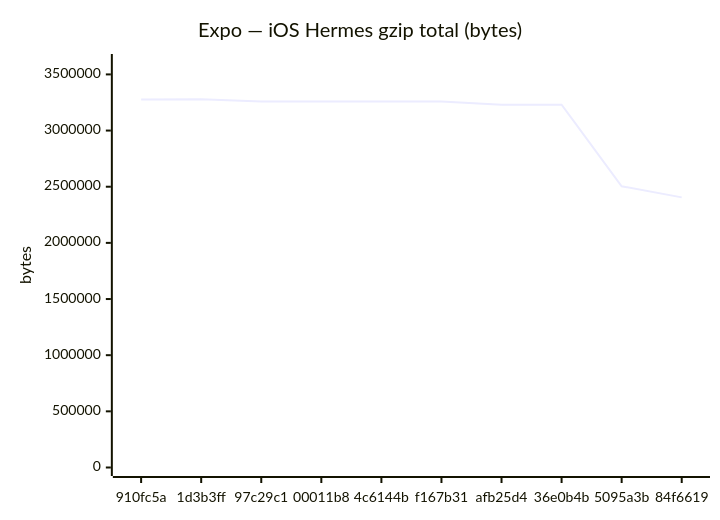
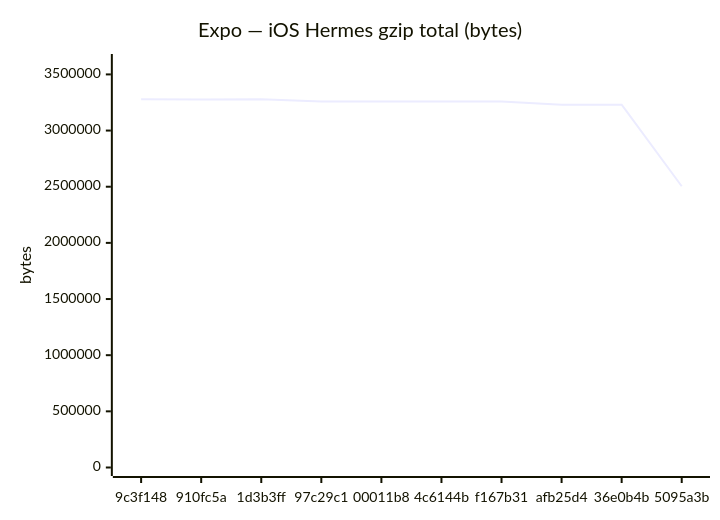
The sixth of 18 diagrams in benchmarks/compare.md (Metaheurist/Rianell), drawn with Mermaid before and after one commit. The commit also changed other lines of this file and 11 other files, not shown here.

````diff
--- a/benchmarks/compare.md
+++ b/benchmarks/compare.md
@@ -96,7 +96,7 @@
 ```mermaid
 xychart-beta
     title "Expo — iOS Hermes gzip total (bytes)"
-    x-axis ["910fc5a", "1d3b3ff", "97c29c1", "00011b8", "4c6144b", "f167b31", "afb25d4", "36e0b4b", "5095a3b", "84f6619"]
-    y-axis "bytes" 0 --> 3606018
-    line [3277688, 3278198, 3258272, 3258276, 3258273, 3258270, 3230867, 3230712, 2504401, 2405024]
+    x-axis ["9c3f148", "910fc5a", "1d3b3ff", "97c29c1", "00011b8", "4c6144b", "f167b31", "afb25d4", "36e0b4b", "5095a3b"]
+    y-axis "bytes" 0 --> 3606019
+    line [3278199, 3277688, 3278198, 3258272, 3258276, 3258273, 3258270, 3230867, 3230712, 2504401]
 ```
````
